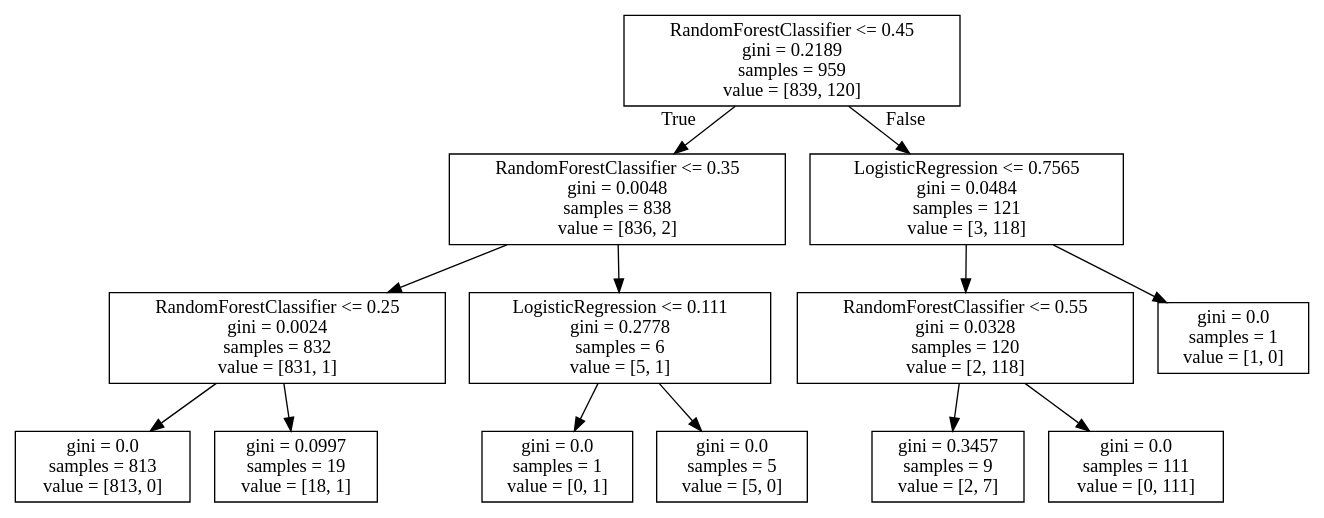
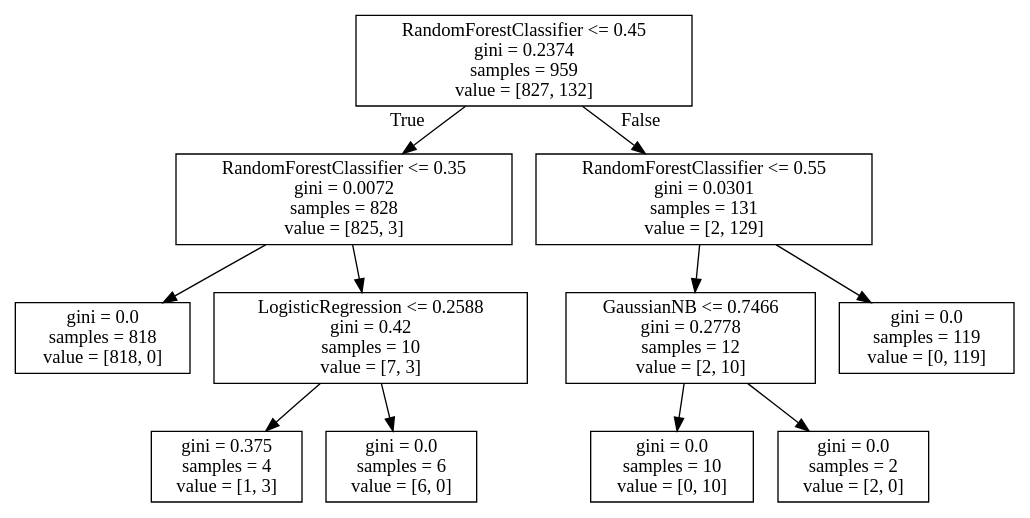
Before and after one commit to Templarrr/datascienceua_2017: the diagram in lesson_11/combiner.dot, drawn with Graphviz. The commit also changed 5 other files, not shown here.

```diff
--- a/lesson_11/combiner.dot
+++ b/lesson_11/combiner.dot
@@ -1,28 +1,24 @@
 digraph Tree {
 node [shape=box] ;
-0 [label="RandomForestClassifier <= 0.45\ngini = 0.2189\nsamples = 959\nvalue = [839, 120]"] ;
-1 [label="RandomForestClassifier <= 0.35\ngini = 0.0048\nsamples = 838\nvalue = [836, 2]"] ;
+0 [label="RandomForestClassifier <= 0.45\ngini = 0.2374\nsamples = 959\nvalue = [827, 132]"] ;
+1 [label="RandomForestClassifier <= 0.35\ngini = 0.0072\nsamples = 828\nvalue = [825, 3]"] ;
 0 -> 1 [labeldistance=2.5, labelangle=45, headlabel="True"] ;
-2 [label="RandomForestClassifier <= 0.25\ngini = 0.0024\nsamples = 832\nvalue = [831, 1]"] ;
+2 [label="gini = 0.0\nsamples = 818\nvalue = [818, 0]"] ;
 1 -> 2 ;
-3 [label="gini = 0.0\nsamples = 813\nvalue = [813, 0]"] ;
-2 -> 3 ;
-4 [label="gini = 0.0997\nsamples = 19\nvalue = [18, 1]"] ;
-2 -> 4 ;
-5 [label="LogisticRegression <= 0.111\ngini = 0.2778\nsamples = 6\nvalue = [5, 1]"] ;
-1 -> 5 ;
-6 [label="gini = 0.0\nsamples = 1\nvalue = [0, 1]"] ;
-5 -> 6 ;
-7 [label="gini = 0.0\nsamples = 5\nvalue = [5, 0]"] ;
-5 -> 7 ;
-8 [label="LogisticRegression <= 0.7565\ngini = 0.0484\nsamples = 121\nvalue = [3, 118]"] ;
-0 -> 8 [labeldistance=2.5, labelangle=-45, headlabel="False"] ;
-9 [label="RandomForestClassifier <= 0.55\ngini = 0.0328\nsamples = 120\nvalue = [2, 118]"] ;
-8 -> 9 ;
-10 [label="gini = 0.3457\nsamples = 9\nvalue = [2, 7]"] ;
-9 -> 10 ;
-11 [label="gini = 0.0\nsamples = 111\nvalue = [0, 111]"] ;
-9 -> 11 ;
-12 [label="gini = 0.0\nsamples = 1\nvalue = [1, 0]"] ;
-8 -> 12 ;
+3 [label="LogisticRegression <= 0.2588\ngini = 0.42\nsamples = 10\nvalue = [7, 3]"] ;
+1 -> 3 ;
+4 [label="gini = 0.375\nsamples = 4\nvalue = [1, 3]"] ;
+3 -> 4 ;
+5 [label="gini = 0.0\nsamples = 6\nvalue = [6, 0]"] ;
+3 -> 5 ;
+6 [label="RandomForestClassifier <= 0.55\ngini = 0.0301\nsamples = 131\nvalue = [2, 129]"] ;
+0 -> 6 [labeldistance=2.5, labelangle=-45, headlabel="False"] ;
+7 [label="GaussianNB <= 0.7466\ngini = 0.2778\nsamples = 12\nvalue = [2, 10]"] ;
+6 -> 7 ;
+8 [label="gini = 0.0\nsamples = 10\nvalue = [0, 10]"] ;
+7 -> 8 ;
+9 [label="gini = 0.0\nsamples = 2\nvalue = [2, 0]"] ;
+7 -> 9 ;
+10 [label="gini = 0.0\nsamples = 119\nvalue = [0, 119]"] ;
+6 -> 10 ;
 }
```
